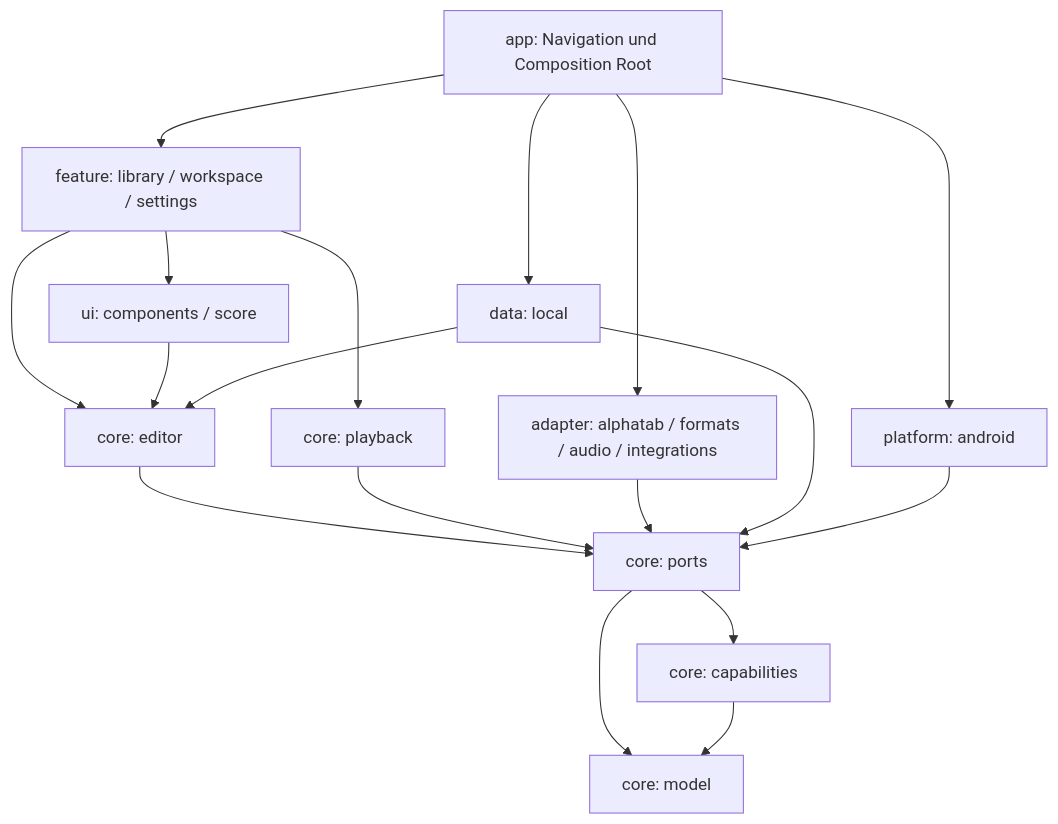
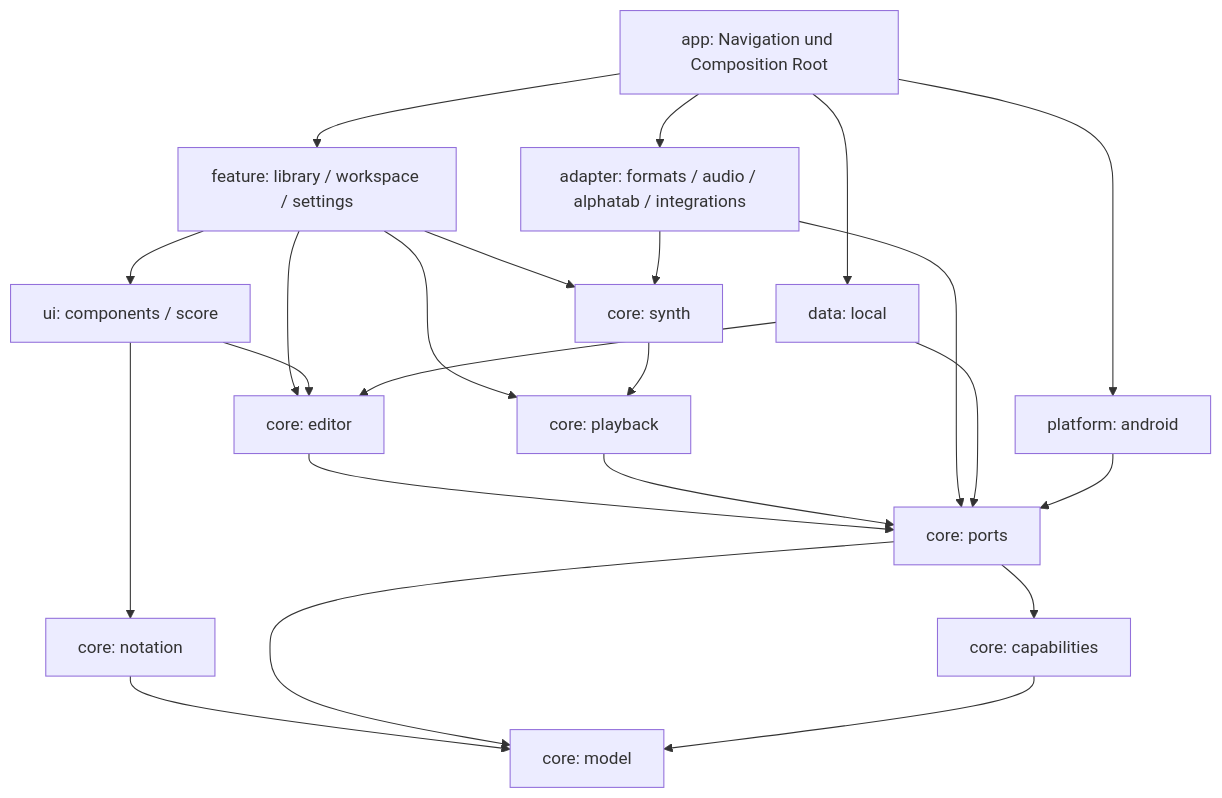
The diagram in docs/ARCHITECTURE.md (Tra1c0/Guitar-Pro), drawn with Mermaid before and after one commit. The commit also changed other lines of this file and 8 other files, not shown here.

````diff
--- a/docs/ARCHITECTURE.md
+++ b/docs/ARCHITECTURE.md
@@ -11,20 +17,25 @@
 ```mermaid
 flowchart TD
   App[app: Navigation und Composition Root] --> Features[feature: library / workspace / settings]
   Features --> UI[ui: components / score]
   Features --> Editor[core: editor]
   Features --> Playback[core: playback]
+  Features --> Synth[core: synth]
+  UI --> Notation[core: notation]
   UI --> Editor
   Editor --> Ports[core: ports]
   Playback --> Ports
-  App --> Adapters[adapter: alphatab / formats / audio / integrations]
+  Synth --> Playback
+  Notation --> Model
+  App --> Adapters[adapter: formats / audio / alphatab / integrations]
   App --> Local[data: local]
   App --> Android[platform: android]
   Adapters --> Ports
+  Adapters --> Synth
   Local --> Ports
   Local --> Editor
   Android --> Ports
   Ports --> Model[core: model]
   Ports --> Capabilities[core: capabilities]
   Capabilities --> Model
 ```
````
